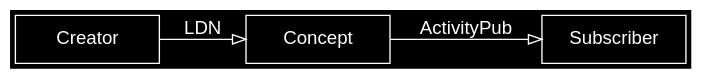
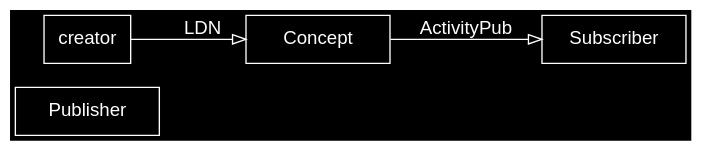
Before and after one commit to acka47/apconf2020: the diagram in overview.dot, drawn with Graphviz. The commit also changed 1 other file, not shown here.

```diff
--- a/overview.dot
+++ b/overview.dot
@@ -1,16 +1,16 @@
 digraph protocols {
     rankdir="LR"
     compound=true
 	node[shape=box color=white fontcolor=white fontname=helvetica]
 	graph [bgcolor="#000000" color=white fontcolor=white fontname=helvetica]
 	edge[color=white fontcolor=white fontname=helvetica]
 	edge[arrowhead=empty arrowtail=empty]
 	splines=false
 
-	creator[label="Creator" width=1.5]
+	publisher[label="Publisher" width=1.5]
     concept[label="Concept" width=1.5]
     subscriber[label="Subscriber" width=1.5]
 
 	creator->concept[label="LDN"]
 	concept->subscriber[label="ActivityPub"]
 }
```
